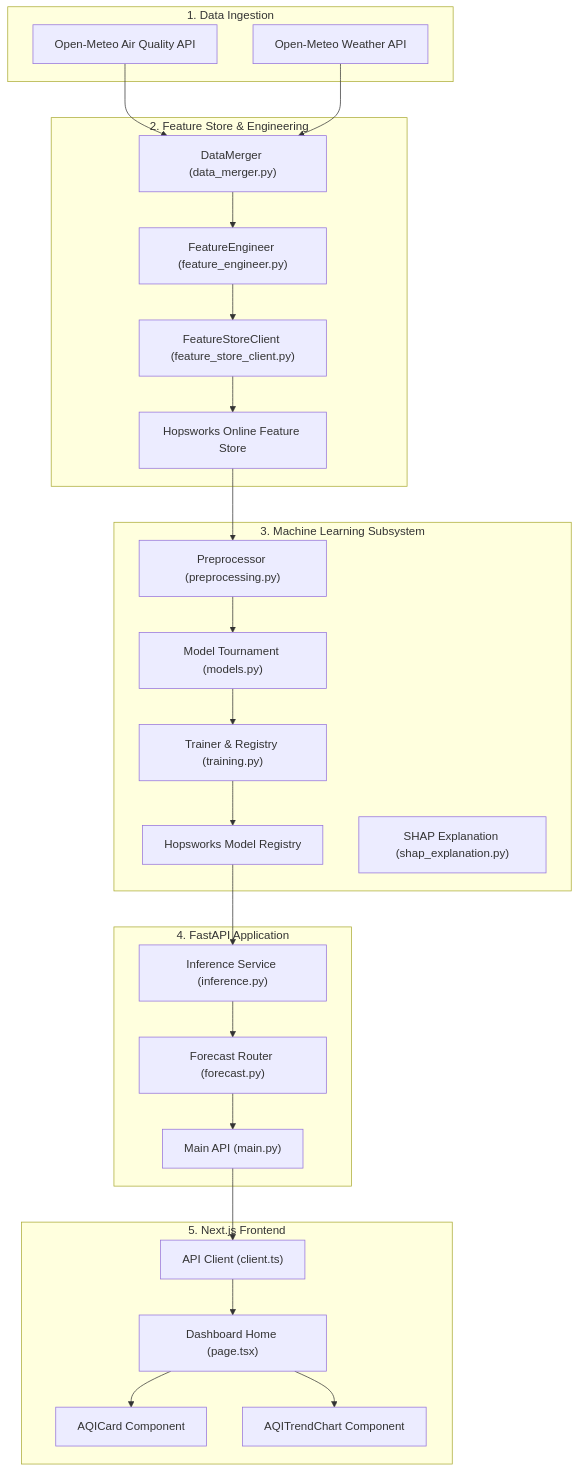
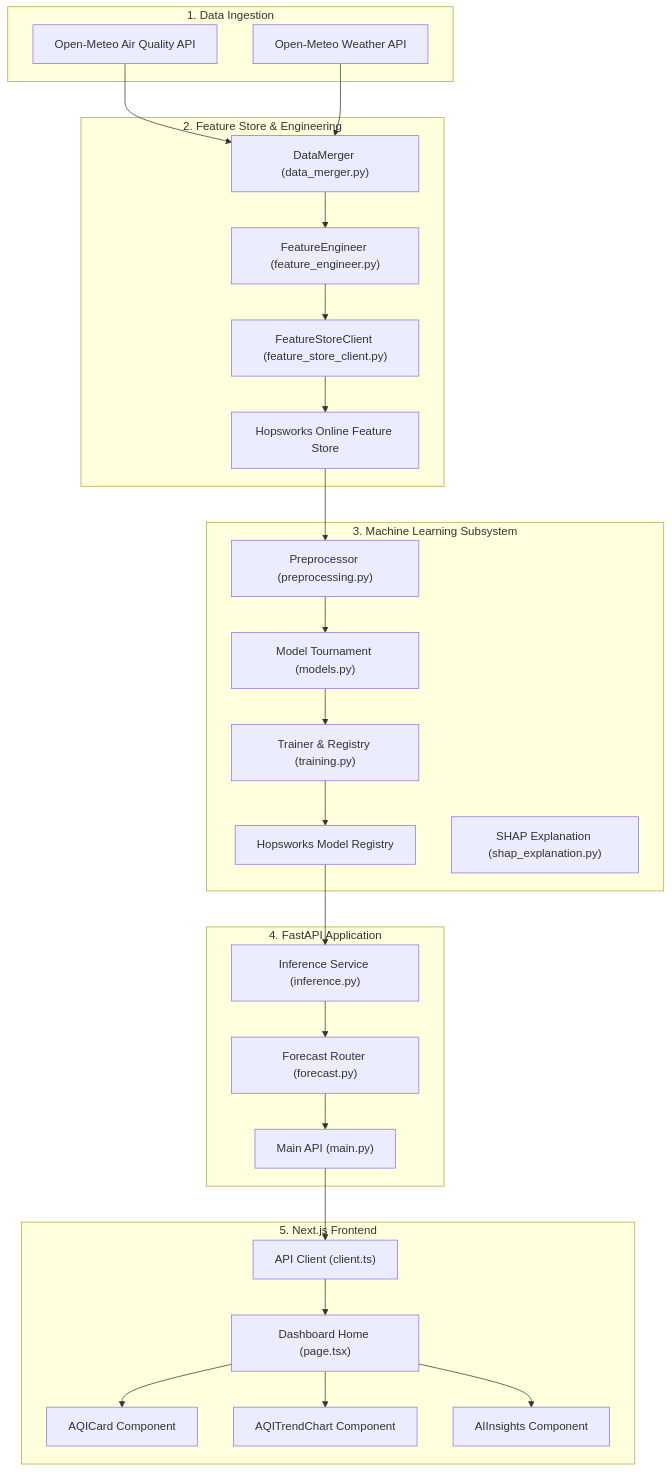
One commit to 21Afnan/AirLyst changed the diagram in project_deep_dive_analysis.md. Above: the diagram before and after it, drawn with Mermaid. The commit also changed other lines of this file and 1 other file, not shown here.

````diff
--- a/project_deep_dive_analysis.md
+++ b/project_deep_dive_analysis.md
@@ -11,60 +11,62 @@
 ```mermaid
 graph TD
     %% Data Sources
     subgraph "1. Data Ingestion"
         OM_Air["Open-Meteo Air Quality API"]
         OM_Weather["Open-Meteo Weather API"]
     end
 
     %% Pipeline & Store
     subgraph "2. Feature Store & Engineering"
         DataMerger["DataMerger (data_merger.py)"]
         FeatureEng["FeatureEngineer (feature_engineer.py)"]
         FSClient["FeatureStoreClient (feature_store_client.py)"]
         Hopsworks["Hopsworks Online Feature Store"]
     end
 
     %% ML Engine
     subgraph "3. Machine Learning Subsystem"
         Prep["Preprocessor (preprocessing.py)"]
         Models["Model Tournament (models.py)"]
         Training["Trainer & Registry (training.py)"]
         ModelRegistry["Hopsworks Model Registry"]
         SHAP["SHAP Explanation (shap_explanation.py)"]
     end
 
     %% Serving
     subgraph "4. FastAPI Application"
         MainAPI["Main API (main.py)"]
         ForecastRouter["Forecast Router (forecast.py)"]
         Inference["Inference Service (inference.py)"]
     end
 
     %% Client
     subgraph "5. Next.js Frontend"
         UI_Home["Dashboard Home (page.tsx)"]
         APIClient["API Client (client.ts)"]
         AQICard["AQICard Component"]
         TrendChart["AQITrendChart Component"]
+        AIInsights["AIInsights Component"]
     end
 
     %% Connections
     OM_Air --> DataMerger
     OM_Weather --> DataMerger
     DataMerger --> FeatureEng
     FeatureEng --> FSClient
     FSClient --> Hopsworks
     
     Hopsworks --> Prep
     Prep --> Models
     Models --> Training
     Training --> ModelRegistry
     ModelRegistry --> Inference
     
     Inference --> ForecastRouter
     ForecastRouter --> MainAPI
     MainAPI --> APIClient
     APIClient --> UI_Home
     UI_Home --> AQICard
     UI_Home --> TrendChart
+    UI_Home --> AIInsights
 ```
````
